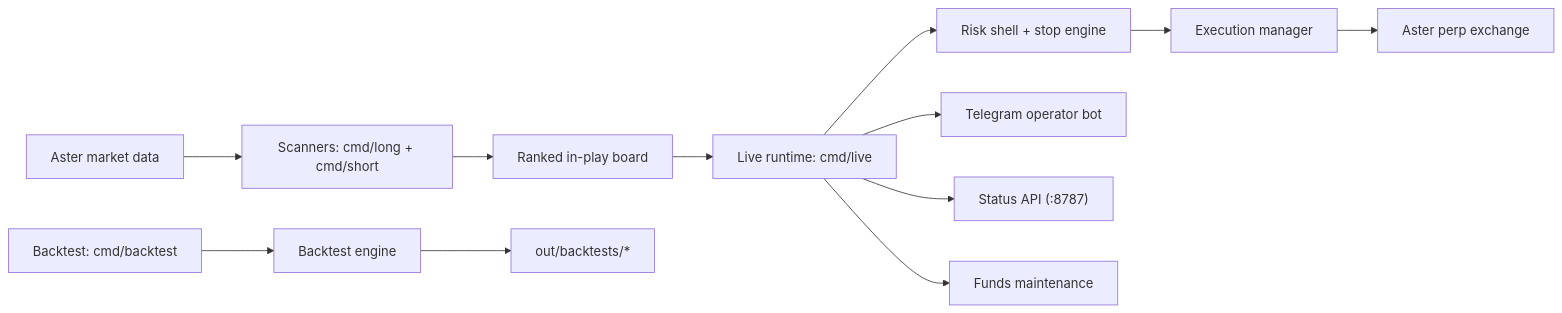
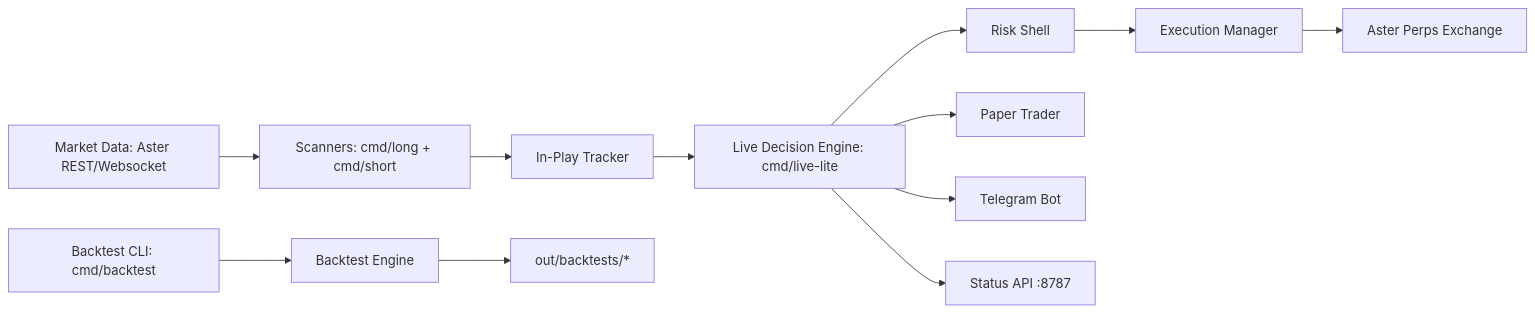
Before and after one commit to SpaceCadetOG/ASTER: the diagram in docs/gitbook/architecture/overview.md, drawn with Mermaid. The commit also changed other lines of this file and 85 other files, not shown here.

````diff
--- a/docs/gitbook/architecture/overview.md
+++ b/docs/gitbook/architecture/overview.md
@@ -5,14 +5,14 @@
 ```mermaid
 flowchart LR
-  A["Aster market data"] --> B["Scanners: cmd/long + cmd/short"]
-  B --> C["Ranked in-play board"]
-  C --> D["Live runtime: cmd/live"]
-  D --> E["Risk shell + stop engine"]
-  E --> F["Execution manager"]
-  F --> G["Aster perp exchange"]
-  D --> H["Telegram operator bot"]
-  D --> I["Status API (:8787)"]
-  D --> J["Funds maintenance"]
-  K["Backtest: cmd/backtest"] --> L["Backtest engine"]
-  L --> M["out/backtests/*"]
+  A[Market Data: Aster REST/Websocket] --> B[Scanners: cmd/long + cmd/short]
+  B --> C[In-Play Tracker]
+  C --> D[Live Decision Engine: cmd/live-lite]
+  D --> E[Risk Shell]
+  E --> F[Execution Manager]
+  F --> G[Aster Perps Exchange]
+  D --> H[Paper Trader]
+  D --> I[Telegram Bot]
+  D --> J[Status API :8787]
+  K[Backtest CLI: cmd/backtest] --> L[Backtest Engine]
+  L --> M[out/backtests/*]
 ```
````
